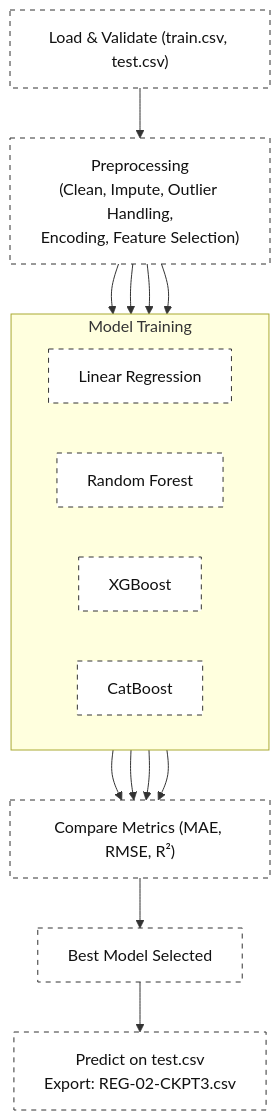
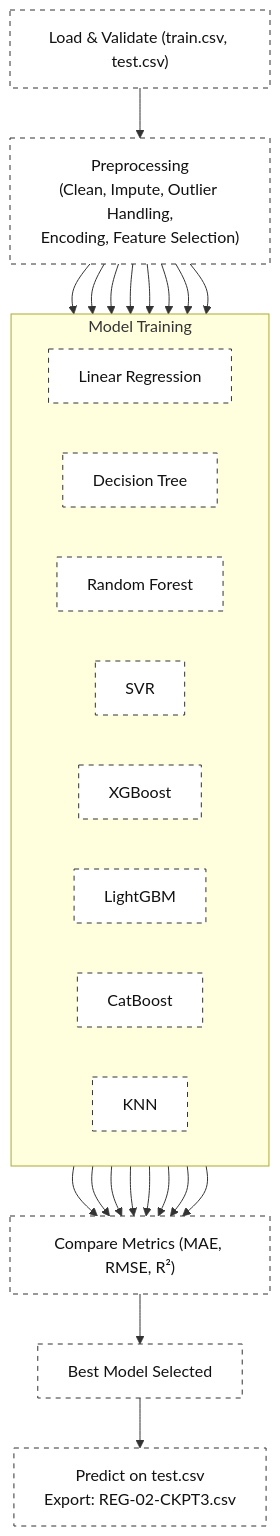
One commit to vishnu25-ds/House-Price-Prediction changed the diagram in README.md. Above: the diagram before and after it, drawn with Mermaid.

````diff
--- a/README.md
+++ b/README.md
@@ -46,28 +46,32 @@
 ```mermaid
 
 
 flowchart TB
     A["Load & Validate (train.csv, test.csv)"]
     B["Preprocessing<br/>(Clean, Impute, Outlier Handling,<br/>Encoding, Feature Selection)"]
 
     subgraph MODELS["Model Training"]
         direction LR
         C1["Linear Regression"]
-        C2["Random Forest"]
-        C3["XGBoost"]
-        C4["CatBoost"]
+        C2["Decision Tree"]
+        C3["Random Forest"]
+        C4["SVR"]
+        C5["XGBoost"]
+        C6["LightGBM"]
+        C7["CatBoost"]
+        C8["KNN"]
     end
 
     D["Compare Metrics (MAE, RMSE, R²)"]
     E["Best Model Selected"]
     F["Predict on test.csv<br/>Export: REG-02-CKPT3.csv"]
 
     %% Flow
-    A --> B --> C1 & C2 & C3 & C4 --> D --> E --> F
+    A --> B --> C1 & C2 & C3 & C4 & C5 & C6 & C7 & C8 --> D --> E --> F
 
     %% Dashed style for all boxes
     classDef dashed fill:#fff,stroke:#333,stroke-dasharray: 5 5,color:#111;
-    class A,B,C1,C2,C3,C4,D,E,F dashed;
+    class A,B,C1,C2,C3,C4,C5,C6,C7,C8,D,E,F dashed;
 
 
 ```
````
